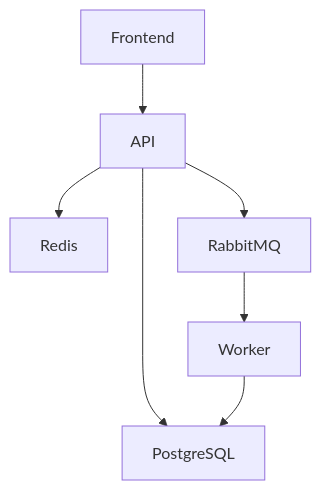
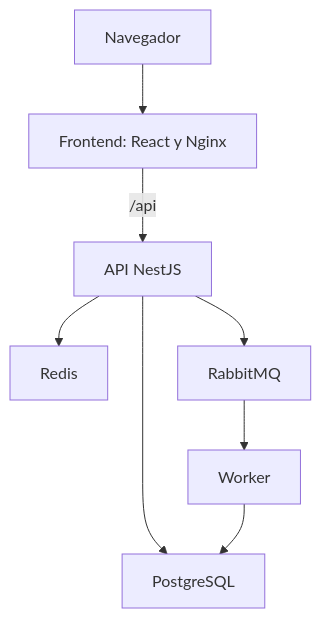
The first of 3 diagrams in docs/DISENO.md (carlos160396/prueba-viajes), drawn with Mermaid before and after one commit. The commit also changed other lines of this file, not shown here.

````diff
--- a/docs/DISENO.md
+++ b/docs/DISENO.md
@@ -74,9 +8,10 @@
 ```mermaid
 flowchart TD
-    Frontend --> API
+    Navegador --> Frontend["Frontend: React y Nginx"]
+    Frontend -->|"/api"| API["API NestJS"]
     API --> PostgreSQL
     API --> Redis
     API --> RabbitMQ
     RabbitMQ --> Worker
     Worker --> PostgreSQL
 ```
````
